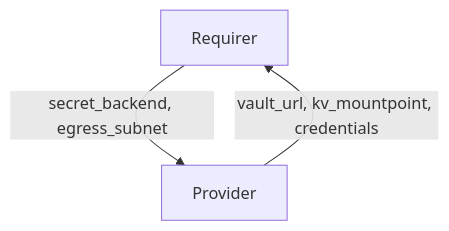
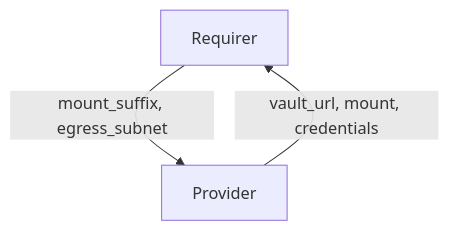
The diagram in interfaces/vault_kv/v0/README.md (canonical/charm-relation-interfaces), drawn with Mermaid before and after one commit. The commit also changed other lines of this file and 3 other files, not shown here.

````diff
--- a/interfaces/vault_kv/v0/README.md
+++ b/interfaces/vault_kv/v0/README.md
@@ -9,5 +9,5 @@
 ```mermaid
 flowchart TD
-    Requirer -- secret_backend, egress_subnet --> Provider
-    Provider -- vault_url, kv_mountpoint, credentials --> Requirer
+    Requirer -- mount_suffix, egress_subnet --> Provider
+    Provider -- vault_url, mount, credentials --> Requirer
 ```
````
